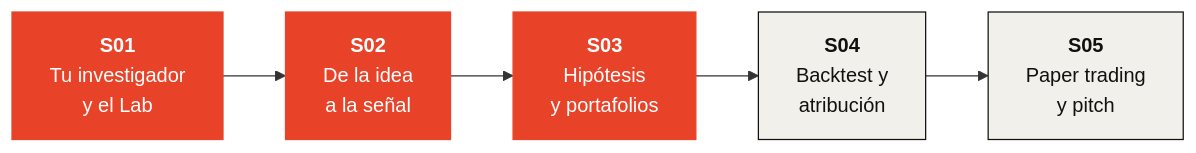
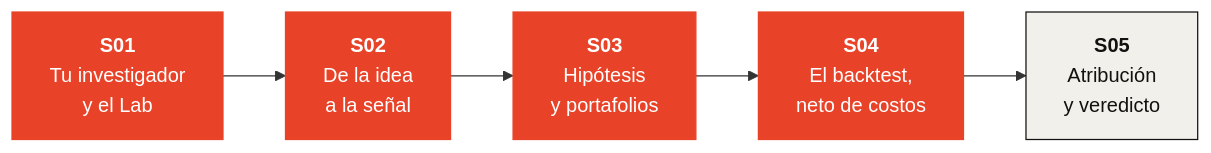
The diagram in README.md (KaxaNuk/Investment-Bootcamp), drawn with Mermaid before and after one commit. The commit also changed other lines of this file and 8 other files, not shown here.

````diff
--- a/README.md
+++ b/README.md
@@ -53,12 +58,12 @@
 ```mermaid
 flowchart LR
     S01["<b>S01</b><br/>Tu investigador<br/>y el Lab"] --> S02["<b>S02</b><br/>De la idea<br/>a la señal"]
     S02 --> S03["<b>S03</b><br/>Hipótesis<br/>y portafolios"]
-    S03 --> S04["<b>S04</b><br/>Backtest y<br/>atribución"]
-    S04 --> S05["<b>S05</b><br/>Paper trading<br/>y pitch"]
+    S03 --> S04["<b>S04</b><br/>El backtest,<br/>neto de costos"]
+    S04 --> S05["<b>S05</b><br/>Atribución<br/>y veredicto"]
     style S01 fill:#E84328,stroke:#E84328,color:#ffffff
     style S02 fill:#E84328,stroke:#E84328,color:#ffffff
     style S03 fill:#E84328,stroke:#E84328,color:#ffffff
-    style S04 fill:#F2F0EB,stroke:#121110,color:#121110
+    style S04 fill:#E84328,stroke:#E84328,color:#ffffff
     style S05 fill:#F2F0EB,stroke:#121110,color:#121110
 ```
````
